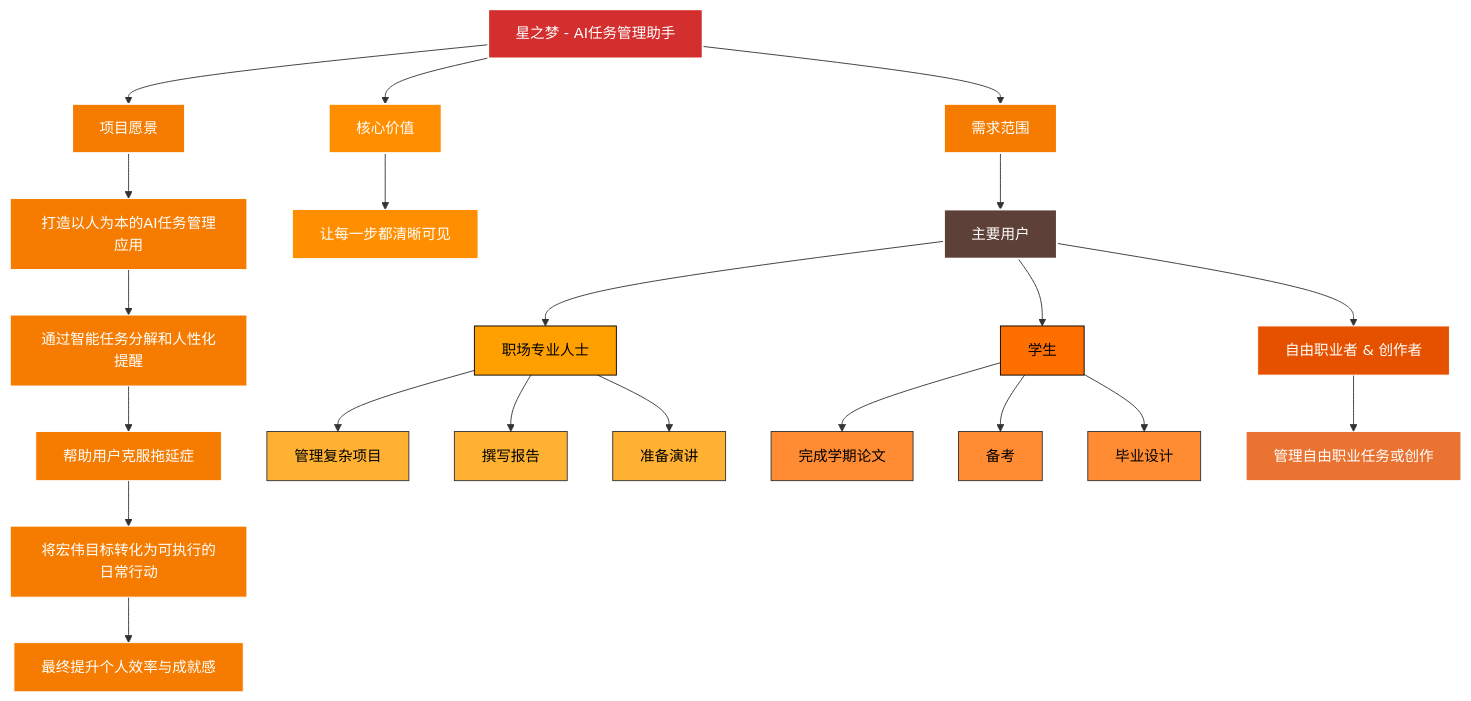
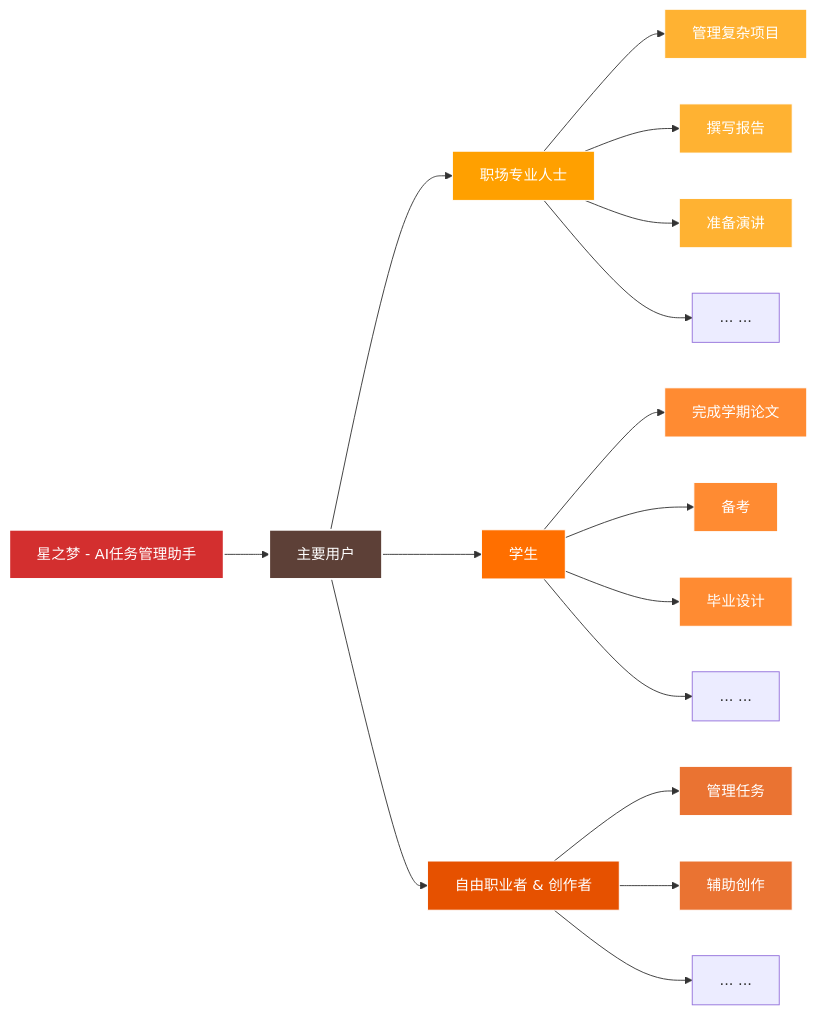
One commit to LunaticLegacy/homework-soft-engi-backend changed the diagram in doc/设计图表/总需求图.md. Above: the diagram before and after it, drawn with Mermaid. The commit also changed 43 other files, not shown here.

````diff
--- a/doc/设计图表/总需求图.md
+++ b/doc/设计图表/总需求图.md
@@ -5,67 +5,50 @@
 ```mermaid
-graph TD
-    A[星之梦 - AI任务管理助手] --> B[项目愿景]
-    A --> C[核心价值]
-    A --> D[需求范围]
+graph LR
+    A[星之梦 - AI任务管理助手] --> D1[主要用户]
 
-    B --> B1[打造以人为本的AI任务管理应用]
-    B1 --> B2[通过智能任务分解和人性化提醒]
-    B2 --> B3[帮助用户克服拖延症]
-    B3 --> B4[将宏伟目标转化为可执行的日常行动]
-    B4 --> B5[最终提升个人效率与成就感]
-
-    C --> C1[让每一步都清晰可见]
-
-    D --> D1[主要用户]
     D1 --> D1a[职场专业人士]
     D1 --> D1b[学生]
     D1 --> D1c[自由职业者 & 创作者]
     
     D1a --> D1a1[管理复杂项目]
     D1a --> D1a2[撰写报告]
     D1a --> D1a3[准备演讲]
+    D1a --> D1a4[... ...]
     
     D1b --> D1b1[完成学期论文]
     D1b --> D1b2[备考]
     D1b --> D1b3[毕业设计]
+    D1b --> D1b4[... ...]
     
-    D1c --> D1c1[管理自由职业任务或创作]
+    D1c --> D1c1[管理任务]
+    D1c --> D1c2[辅助创作]
+    D1c --> D1c3[... ...]
 
     %% ---- ---- ---- 上色 ---- ---- ----
 
     %% 主节点
     style A fill:#D32F2F,stroke:#FFFFFF,stroke-width:2px,color:#FFFFFF
 
-    %% 项目相关
-    style B fill:#F57C00,stroke:#FFFFFF,stroke-width:2px,color:#FFFFFF
-    style C fill:#FF8F00,stroke:#FFFFFF,stroke-width:2px,color:#FFFFFF
-
     %% 用户相关
-    style D fill:#F57C00,stroke:#FFFFFF,stroke-width:2px,color:#FFFFFF
     style D1 fill:#5D4037,stroke:#FFFFFF,stroke-width:2px,color:#FFFFFF
 
-    style D1a fill:#FFA000,stroke:#000000,stroke-width:1px,color:#000000
-    style D1b fill:#FF6F00,stroke:#000000,stroke-width:1px,color:#000000
+    style D1a fill:#FFA000,stroke:#FFFFFF,stroke-width:1px,color:#FFFFFF
+    style D1b fill:#FF6F00,stroke:#FFFFFF,stroke-width:1px,color:#FFFFFF
     style D1c fill:#E65100,stroke:#FFFFFF,stroke-width:1px,color:#FFFFFF
 
     %% D1a系列
-    style D1a1 fill:#FFA000,stroke:#000000,stroke-width:1px,opacity:0.8,color:#000000
-    style D1a2 fill:#FFA000,stroke:#000000,stroke-width:1px,opacity:0.8,color:#000000
-    style D1a3 fill:#FFA000,stroke:#000000,stroke-width:1px,opacity:0.8,color:#000000
+    style D1a1 fill:#FFA000,stroke:#FFFFFF,stroke-width:1px,opacity:0.8,color:#FFFFFF
+    style D1a2 fill:#FFA000,stroke:#FFFFFF,stroke-width:1px,opacity:0.8,color:#FFFFFF
+    style D1a3 fill:#FFA000,stroke:#FFFFFF,stroke-width:1px,opacity:0.8,color:#FFFFFF
 
     %% D1b系列
-    style D1b1 fill:#FF6F00,stroke:#000000,stroke-width:1px,opacity:0.8,color:#000000
-    style D1b2 fill:#FF6F00,stroke:#000000,stroke-width:1px,opacity:0.8,color:#000000
-    style D1b3 fill:#FF6F00,stroke:#000000,stroke-width:1px,opacity:0.8,color:#000000
+    style D1b1 fill:#FF6F00,stroke:#FFFFFF,stroke-width:1px,opacity:0.8,color:#FFFFFF
+    style D1b2 fill:#FF6F00,stroke:#FFFFFF,stroke-width:1px,opacity:0.8,color:#FFFFFF
+    style D1b3 fill:#FF6F00,stroke:#FFFFFF,stroke-width:1px,opacity:0.8,color:#FFFFFF
 
     %% D1c系列
     style D1c1 fill:#E65100,stroke:#FFFFFF,stroke-width:1px,opacity:0.8,color:#FFFFFF
+    style D1c2 fill:#E65100,stroke:#FFFFFF,stroke-width:1px,opacity:0.8,color:#FFFFFF
 
-    %% 细节任务节点可以保持默认，或者轻微浅色
-    style B1 fill:#F57C00,stroke:#FFFFFF,stroke-width:1px,color:#FFFFFF
-    style B2 fill:#F57C00,stroke:#FFFFFF,stroke-width:1px,color:#FFFFFF
-    style B3 fill:#F57C00,stroke:#FFFFFF,stroke-width:1px,color:#FFFFFF
-    style B4 fill:#F57C00,stroke:#FFFFFF,stroke-width:1px,color:#FFFFFF
-    style B5 fill:#F57C00,stroke:#FFFFFF,stroke-width:1px,color:#FFFFFF
-    style C1 fill:#FF8F00,stroke:#FFFFFF,stroke-width:1px,color:#FFFFFF
+
 ```
````
